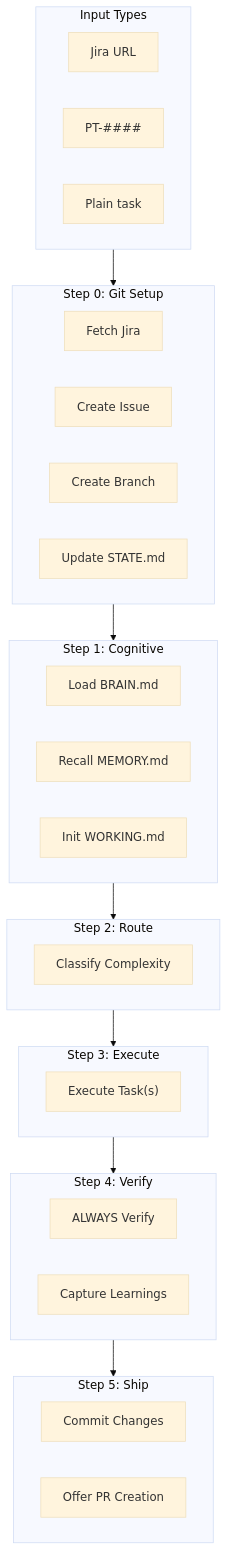
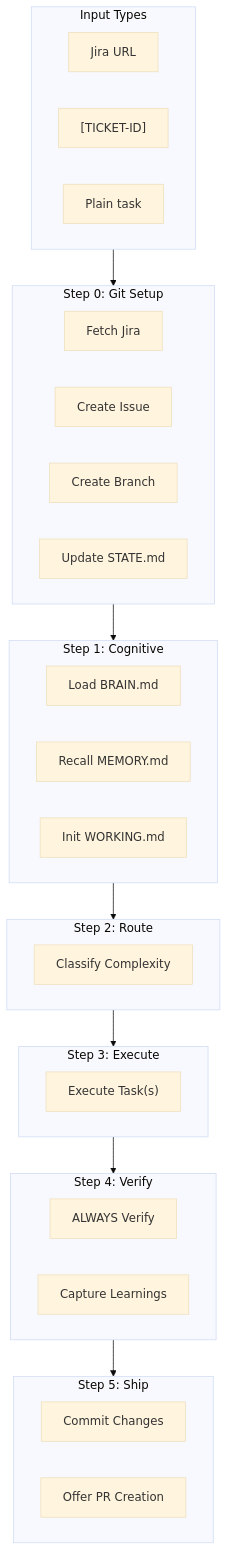
One commit to asibilia/luca-framework changed diagram 13 of 14 in docs/agent-framework/luca/diagrams.md. Above: the diagram before and after it, drawn with Mermaid (base theme). The commit also changed other lines of this file and 205 other files, not shown here.

````diff
--- a/docs/agent-framework/luca/diagrams.md
+++ b/docs/agent-framework/luca/diagrams.md
@@ -541,41 +541,41 @@
 ```mermaid
 flowchart TB
     subgraph Input["Input Types"]
         JIRA_URL["Jira URL"]
-        TICKET["PT-####"]
+        TICKET["[TICKET-ID]"]
         TASK["Plain task"]
     end
 
     subgraph Step0["Step 0: Git Setup"]
         FETCH["Fetch Jira"]
         ISSUE["Create Issue"]
         BRANCH["Create Branch"]
         STATE["Update STATE.md"]
     end
 
     subgraph Step1["Step 1: Cognitive"]
         BRAIN["Load BRAIN.md"]
         MEM["Recall MEMORY.md"]
         WORK["Init WORKING.md"]
     end
 
     subgraph Step2["Step 2: Route"]
         CLASSIFY["Classify Complexity"]
     end
 
     subgraph Step3["Step 3: Execute"]
         EXECUTE["Execute Task(s)"]
     end
 
     subgraph Step4["Step 4: Verify"]
         VERIFY["ALWAYS Verify"]
         LEARN["Capture Learnings"]
     end
 
     subgraph Step5["Step 5: Ship"]
         COMMIT["Commit Changes"]
         PR["Offer PR Creation"]
     end
 
     Input --> Step0 --> Step1 --> Step2 --> Step3 --> Step4 --> Step5
 ```
````
